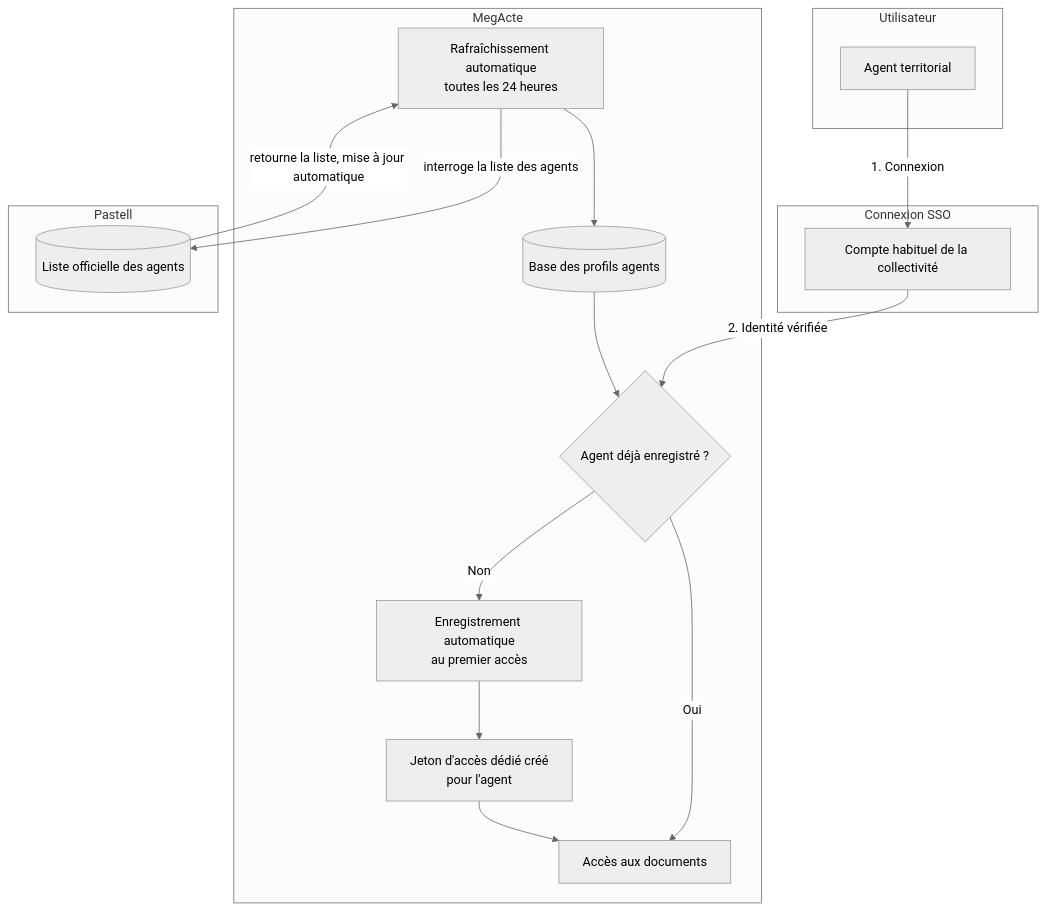
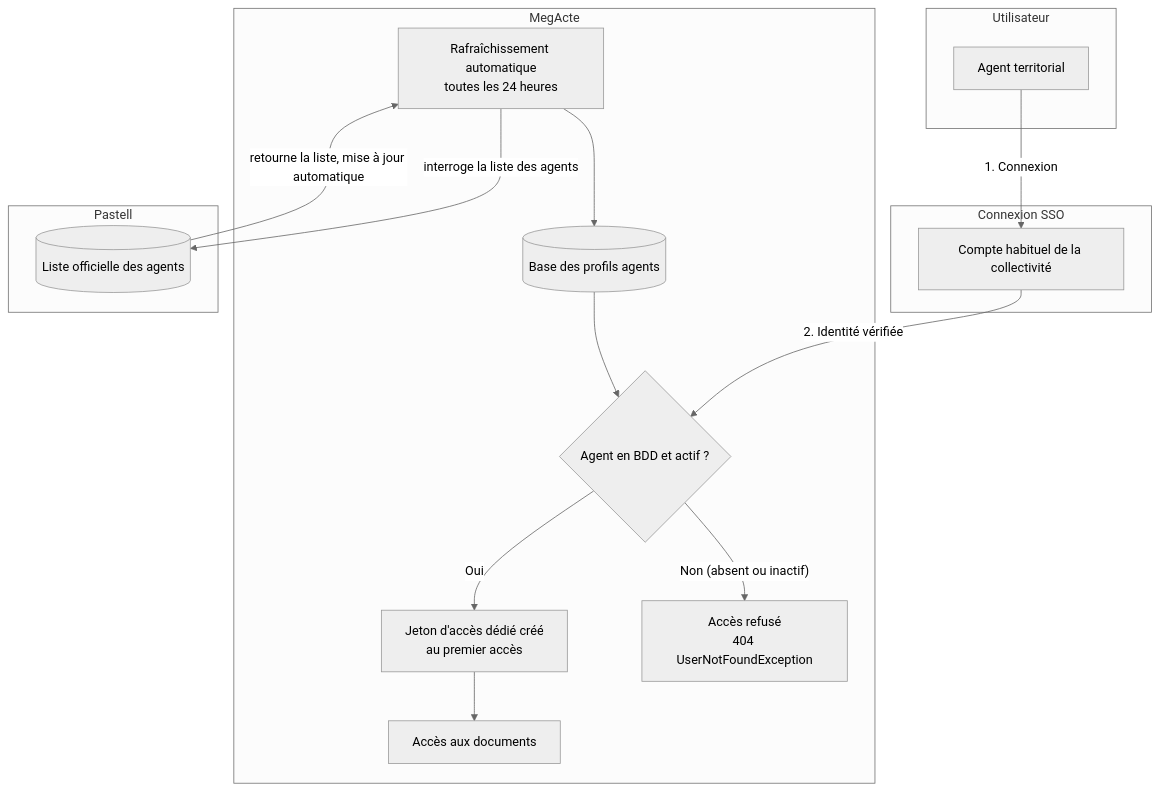
The first of 2 diagrams in back/docs/enrollment.md (megalis-bretagne/MegActe), drawn with Mermaid (neutral theme) before and after one commit. The commit also changed other lines of this file and 2 other files, not shown here.

First line of the commit message:
Update enrollment process: don't scan where a user is unknown

````diff
--- a/back/docs/enrollment.md
+++ b/back/docs/enrollment.md
@@ -5,31 +5,31 @@
 ```mermaid
 flowchart TB
     subgraph S1["Utilisateur"]
         A["Agent territorial"]
     end
 
     subgraph S2["Connexion SSO"]
         K["Compte habituel de la collectivité"]
     end
 
     subgraph S3["MegActe"]
         DB[("Base des profils agents")]
         SYNC["Rafraîchissement automatique<br/>toutes les 24 heures"]
-        R{"Agent déjà enregistré ?"}
-        ENROL["Enregistrement automatique<br/>au premier accès"]
-        TOKEN["Jeton d'accès dédié créé<br/>pour l'agent"]
+        R{"Agent en BDD et actif ?"}
+        TOKEN["Jeton d'accès dédié créé<br/>au premier accès"]
+        REFUSED["Accès refusé<br/>404 UserNotFoundException"]
         OK["Accès aux documents"]
     end
 
     subgraph S4["Pastell"]
         SRC[("Liste officielle des agents")]
     end
 
     A -->|"1. Connexion"| K -->|"2. Identité vérifiée"| R
-    R -- "Oui" --> OK
-    R -- "Non" --> ENROL --> TOKEN --> OK
+    R -- "Oui" --> TOKEN --> OK
+    R -- "Non (absent ou inactif)" --> REFUSED
     SYNC -->|"interroge la liste des agents"| SRC
     SRC -->|"retourne la liste, mise à jour automatique"| SYNC
     SYNC --> DB
     DB --> R
 ```
````
